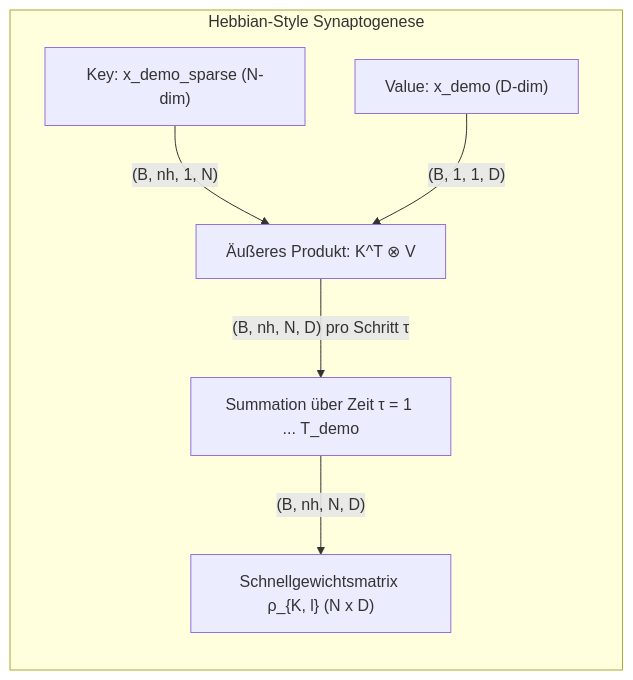
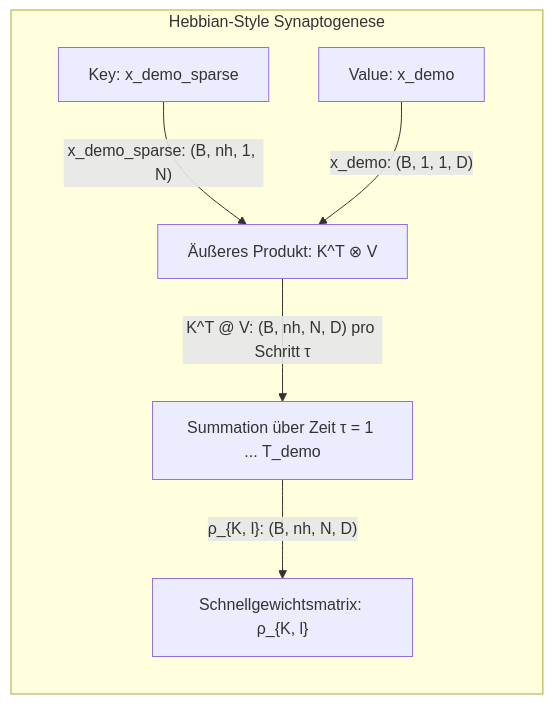
One commit to eberlful/BDH changed the first of 2 diagrams in docs/obsidian/BDH/Konzepte/Assoziatives Gedächtnis & Fast-Weights.md. Above: the diagram before and after it, drawn with Mermaid. The commit also changed other lines of this file and 7 other files, not shown here.

Commit message:
feat: initialize continual learning development environment and refactor model architecture to include GPT support

````diff
--- a/docs/obsidian/BDH/Konzepte/Assoziatives Gedächtnis & Fast-Weights.md
+++ b/docs/obsidian/BDH/Konzepte/Assoziatives Gedächtnis & Fast-Weights.md
@@ -43,9 +43,9 @@
 ```mermaid
 graph LR
     subgraph "Hebbian-Style Synaptogenese"
-        K["Key: x_demo_sparse (N-dim)"] -->|"(B, nh, 1, N)"| Outer["Äußeres Produkt: K^T ⊗ V"]
-        V["Value: x_demo (D-dim)"] -->|"(B, 1, 1, D)"| Outer
-        Outer -->|"(B, nh, N, D) pro Schritt τ"| Accum["Summation über Zeit τ = 1 ... T_demo"]
-        Accum -->|"(B, nh, N, D)"| Rho["Schnellgewichtsmatrix ρ_{K, l} (N x D)"]
+        K["Key: x_demo_sparse"] -->|"x_demo_sparse: (B, nh, 1, N)"| Outer["Äußeres Produkt: K^T ⊗ V"]
+        V["Value: x_demo"] -->|"x_demo: (B, 1, 1, D)"| Outer
+        Outer -->|"K^T @ V: (B, nh, N, D) pro Schritt τ"| Accum["Summation über Zeit τ = 1 ... T_demo"]
+        Accum -->|"ρ_{K, l}: (B, nh, N, D)"| Rho["Schnellgewichtsmatrix: ρ_{K, l}"]
     end
 ```
````
